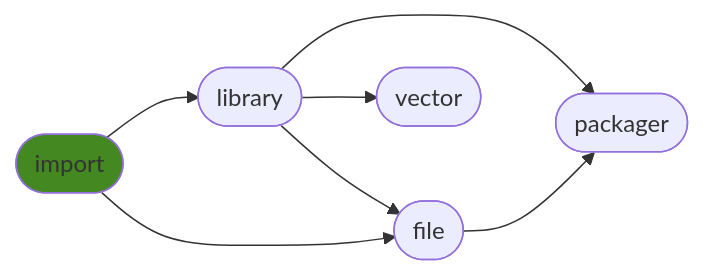
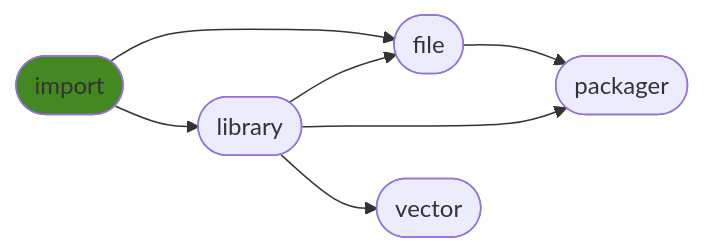
The diagram in README.md (ManderaGeneral/generalimport), drawn with Mermaid before and after one commit. The commit also changed other lines of this file, not shown here.

````diff
--- a/README.md
+++ b/README.md
@@ -29,15 +28,15 @@
 ```mermaid
 flowchart LR
+0([import]) --> 2([file])
+1([library]) --> 2([file])
+1([library]) --> 4([packager])
+0([import]) --> 1([library])
+2([file]) --> 4([packager])
 1([library]) --> 3([vector])
-0([import]) --> 1([library])
-1([library]) --> 2([file])
-0([import]) --> 2([file])
-1([library]) --> 4([packager])
-2([file]) --> 4([packager])
 click 0 "https://github.com/ManderaGeneral/generalimport"
 click 1 "https://github.com/ManderaGeneral/generallibrary"
 click 2 "https://github.com/ManderaGeneral/generalfile"
 click 3 "https://github.com/ManderaGeneral/generalvector"
 click 4 "https://github.com/ManderaGeneral/generalpackager"
 style 0 fill:#482
 ```
````
